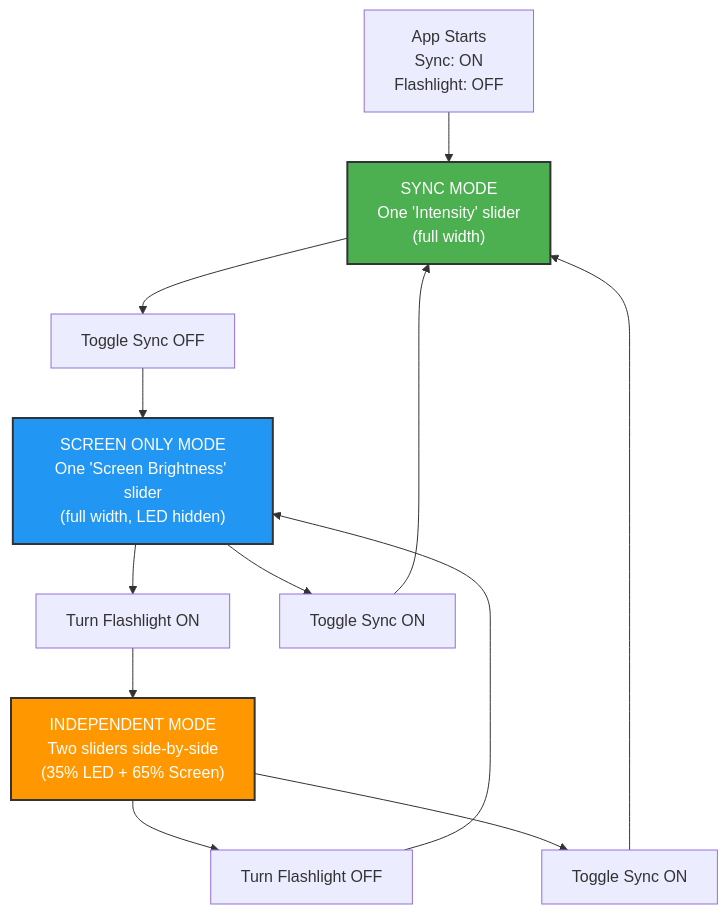
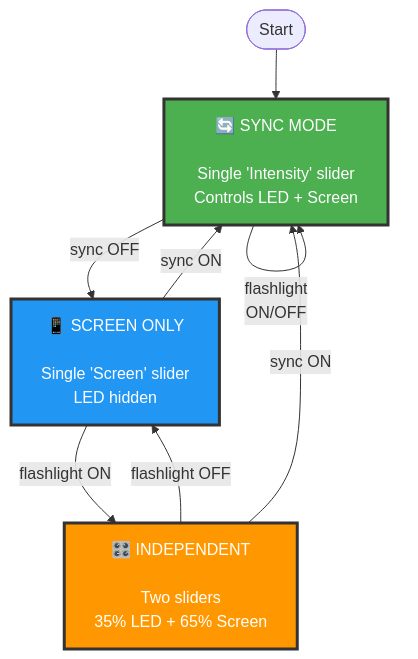
The diagram in README.md (boazmichaely/flashlight-app), drawn with Mermaid before and after one commit.

Commit message:
📊 Update README with proper state machine diagram
- Replaced workflow diagram with true state machine
- Shows three states with proper transitions and event labels
- Clean visual distinction with colored state nodes
- May render differently on GitHub vs preview

````diff
--- a/README.md
+++ b/README.md
@@ -44,23 +44,21 @@
 ```mermaid
-graph TD
-    A["App Starts<br/>Sync: ON<br/>Flashlight: OFF"] --> B["SYNC MODE<br/>One 'Intensity' slider<br/>(full width)"]
+flowchart TD
+    Start([Start]) --> A
     
-    B --> C["Toggle Sync OFF"]
-    C --> D["SCREEN ONLY MODE<br/>One 'Screen Brightness' slider<br/>(full width, LED hidden)"]
+    A["🔄 SYNC MODE<br/><br/>Single 'Intensity' slider<br/>Controls LED + Screen"]
+    B["📱 SCREEN ONLY<br/><br/>Single 'Screen' slider<br/>LED hidden"]  
+    C["🎛️ INDEPENDENT<br/><br/>Two sliders<br/>35% LED + 65% Screen"]
     
-    D --> E["Turn Flashlight ON"]
-    E --> F["INDEPENDENT MODE<br/>Two sliders side-by-side<br/>(35% LED + 65% Screen)"]
+    A -->|sync OFF| B
+    A -->|flashlight<br/>ON/OFF| A
     
-    F --> G["Turn Flashlight OFF"]
-    G --> D
+    B -->|sync ON| A
+    B -->|flashlight ON| C
     
-    F --> H["Toggle Sync ON"]
-    H --> B
+    C -->|flashlight OFF| B
+    C -->|sync ON| A
     
-    D --> I["Toggle Sync ON"]
-    I --> B
-    
-    style B fill:#4CAF50,stroke:#333,stroke-width:2px,color:#fff
-    style D fill:#2196F3,stroke:#333,stroke-width:2px,color:#fff
-    style F fill:#FF9800,stroke:#333,stroke-width:2px,color:#fff
+    style A fill:#4CAF50,stroke:#333,stroke-width:3px,color:#fff
+    style B fill:#2196F3,stroke:#333,stroke-width:3px,color:#fff  
+    style C fill:#FF9800,stroke:#333,stroke-width:3px,color:#fff
 ```
````
